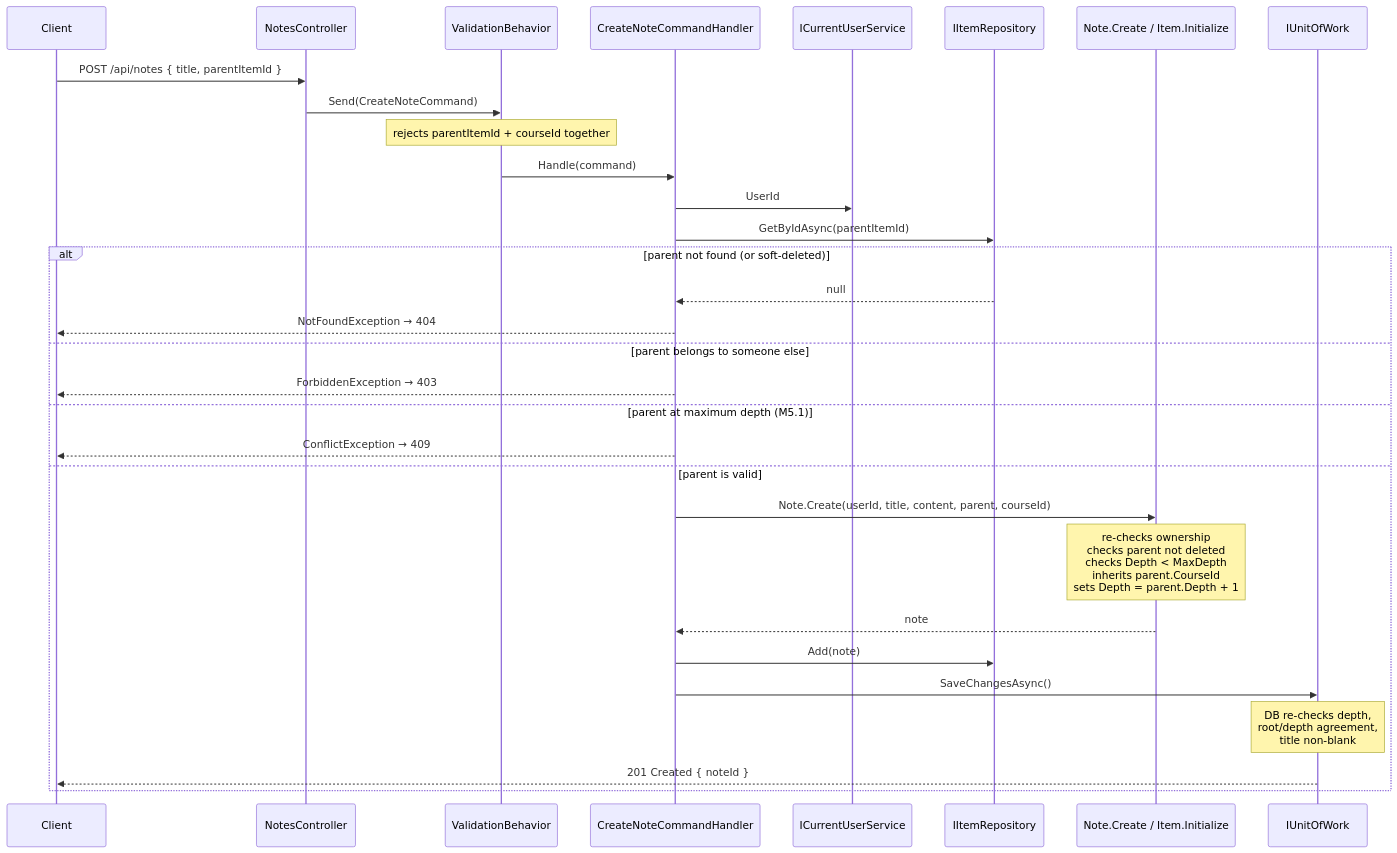
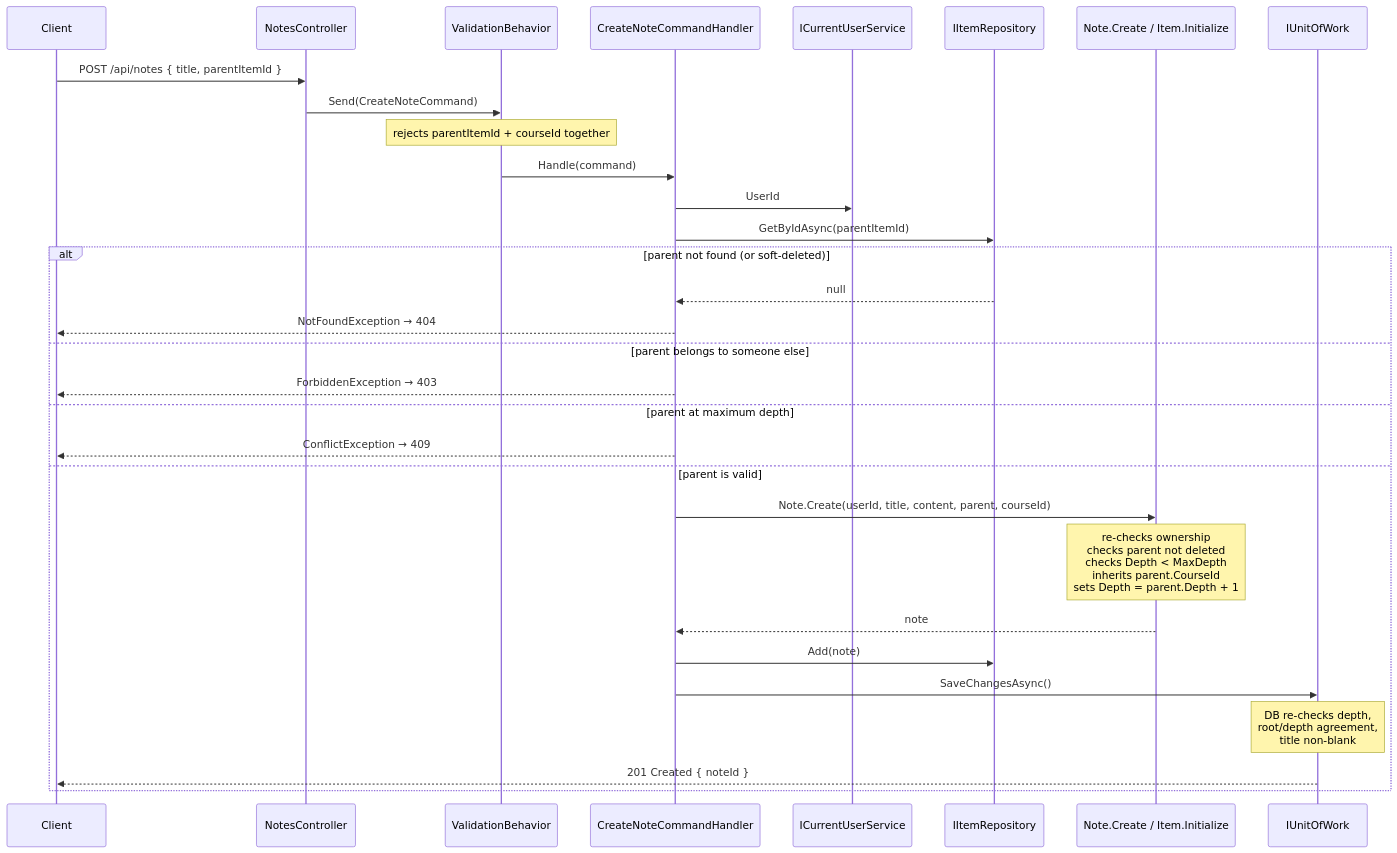
One commit to alamr-nawaf/StudyHub changed the third of 8 diagrams in docs/ARCHITECTURE.md. Above: the diagram before and after it, drawn with Mermaid. The commit also changed other lines of this file and 14 other files, not shown here.

````diff
--- a/docs/ARCHITECTURE.md
+++ b/docs/ARCHITECTURE.md
@@ -235,35 +235,35 @@
 ```mermaid
 sequenceDiagram
     participant Client
     participant Ctrl as NotesController
     participant Val as ValidationBehavior
     participant H as CreateNoteCommandHandler
     participant Cur as ICurrentUserService
     participant Repo as IItemRepository
     participant Ent as Note.Create / Item.Initialize
     participant UoW as IUnitOfWork
 
     Client->>Ctrl: POST /api/notes { title, parentItemId }
     Ctrl->>Val: Send(CreateNoteCommand)
     Note over Val: rejects parentItemId + courseId together
     Val->>H: Handle(command)
     H->>Cur: UserId
     H->>Repo: GetByIdAsync(parentItemId)
 
     alt parent not found (or soft-deleted)
         Repo-->>H: null
         H-->>Client: NotFoundException → 404
     else parent belongs to someone else
         H-->>Client: ForbiddenException → 403
-    else parent at maximum depth (M5.1)
+    else parent at maximum depth
         H-->>Client: ConflictException → 409
     else parent is valid
         H->>Ent: Note.Create(userId, title, content, parent, courseId)
         Note over Ent: re-checks ownership<br/>checks parent not deleted<br/>checks Depth < MaxDepth<br/>inherits parent.CourseId<br/>sets Depth = parent.Depth + 1
         Ent-->>H: note
         H->>Repo: Add(note)
         H->>UoW: SaveChangesAsync()
         Note over UoW: DB re-checks depth,<br/>root/depth agreement,<br/>title non-blank
         UoW-->>Client: 201 Created { noteId }
     end
 ```
````
